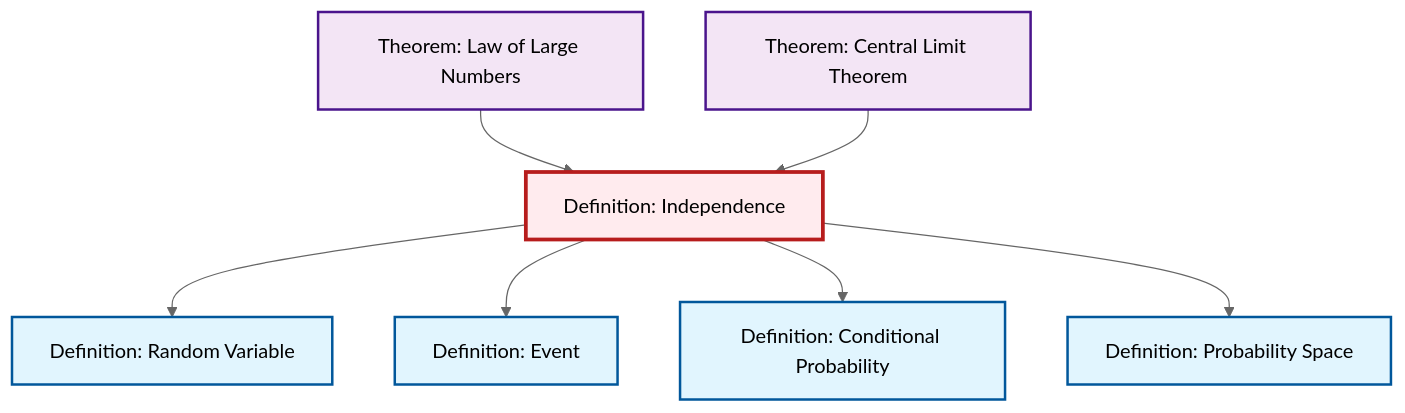
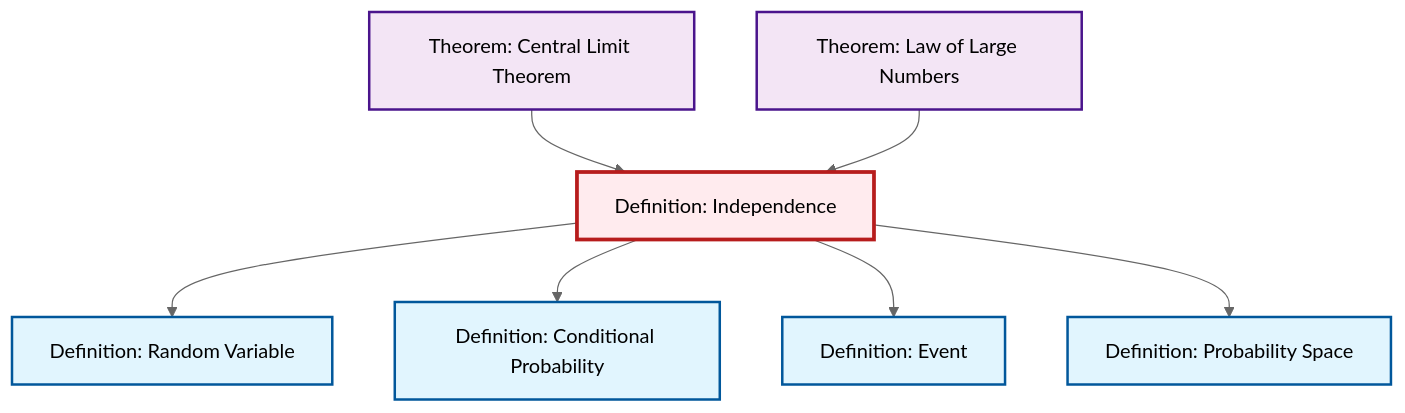
One commit to RK0429/ModernMath changed the diagram in content/en/probability-statistics/def-independence.qmd. Above: the diagram before and after it, drawn with Mermaid (neutral theme). The commit also changed other lines of this file and 619 other files, not shown here.

````diff
--- a/content/en/probability-statistics/def-independence.qmd
+++ b/content/en/probability-statistics/def-independence.qmd
@@ -113,29 +113,29 @@
 ```{mermaid}
 %%| fig-cap: "Local dependency graph"
 graph TD
     classDef definition fill:#e1f5fe,stroke:#01579b,stroke-width:2px
     classDef theorem fill:#f3e5f5,stroke:#4a148c,stroke-width:2px
     classDef axiom fill:#fff3e0,stroke:#e65100,stroke-width:2px
     classDef example fill:#e8f5e9,stroke:#1b5e20,stroke-width:2px
     classDef current fill:#ffebee,stroke:#b71c1c,stroke-width:3px
+    thm-central-limit["Theorem: Central Limit Theorem"]:::theorem
+    def-event["Definition: Event"]:::definition
+    thm-law-of-large-numbers["Theorem: Law of Large Numbers"]:::theorem
     def-probability-space["Definition: Probability Space"]:::definition
-    thm-law-of-large-numbers["Theorem: Law of Large Numbers"]:::theorem
-    def-conditional-probability["Definition: Conditional Probability"]:::definition
     def-random-variable["Definition: Random Variable"]:::definition
     def-independence["Definition: Independence"]:::definition
-    def-event["Definition: Event"]:::definition
-    thm-central-limit["Theorem: Central Limit Theorem"]:::theorem
+    def-conditional-probability["Definition: Conditional Probability"]:::definition
+    thm-central-limit --> def-independence
     def-independence --> def-random-variable
+    def-independence --> def-conditional-probability
     def-independence --> def-event
-    def-independence --> def-conditional-probability
     thm-law-of-large-numbers --> def-independence
-    thm-central-limit --> def-independence
     def-independence --> def-probability-space
     class def-independence current
+    click thm-central-limit "thm-central-limit.html" "Go to Central Limit Theorem theorem"
+    click def-event "def-event.html" "Go to Event definition"
+    click thm-law-of-large-numbers "thm-law-of-large-numbers.html" "Go to Law of Large Numbers theorem"
     click def-probability-space "def-probability-space.html" "Go to Probability Space definition"
-    click thm-law-of-large-numbers "thm-law-of-large-numbers.html" "Go to Law of Large Numbers theorem"
+    click def-random-variable "def-random-variable.html" "Go to Random Variable definition"
     click def-conditional-probability "def-conditional-probability.html" "Go to Conditional Probability definition"
-    click def-random-variable "def-random-variable.html" "Go to Random Variable definition"
-    click def-event "def-event.html" "Go to Event definition"
-    click thm-central-limit "thm-central-limit.html" "Go to Central Limit Theorem theorem"
 ```
````
